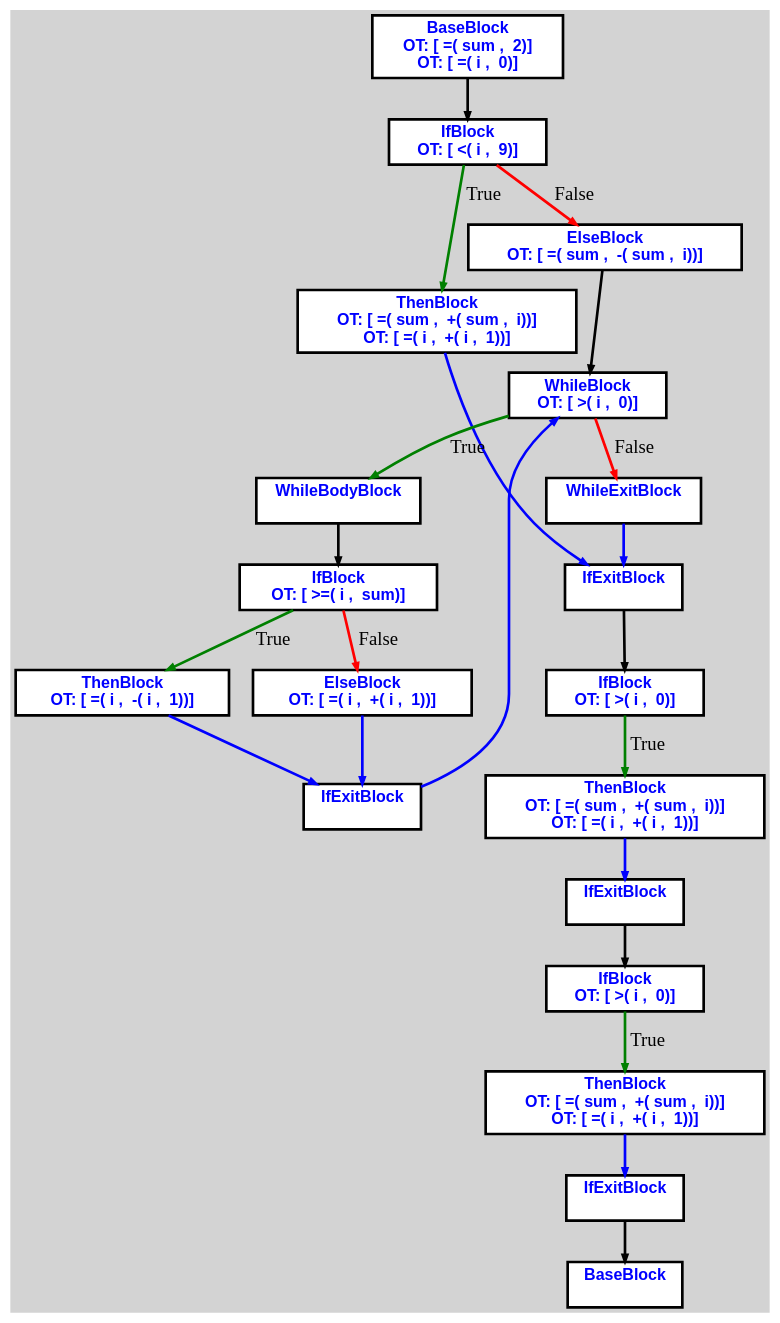
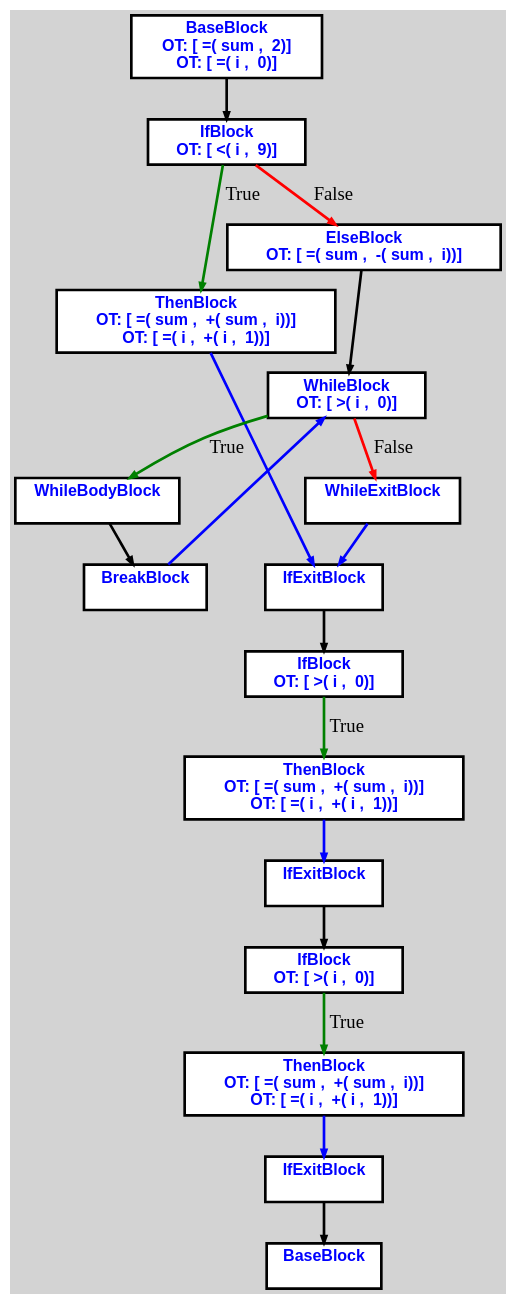
Before and after one commit to aveen007/CountingMonkeys: the diagram in cpoCompilerWin/cfgi0.dot, drawn with Graphviz. The commit also changed 6 other files, not shown here.

```diff
--- a/cpoCompilerWin/cfgi0.dot
+++ b/cpoCompilerWin/cfgi0.dot
@@ -1,63 +1,53 @@
 digraph G {
 ordering=out;
 ranksep=.4;
 bgcolor="lightgrey";  node [shape=box, fixedsize=false, fontsize=12, fontname="Helvetica-bold", fontcolor="blue"
 width=.25, height=.25, color="black", fillcolor="white", style="filled, solid, bold"];
 
-edge [arrowsize=.5, color="black", style="bold"]    n000012A765F23090 [label="BaseBlock\n OT: [ =( sum ,  2)]
+edge [arrowsize=.5, color="black", style="bold"]    n000011984D7A3090 [label="BaseBlock\n OT: [ =( sum ,  2)]
 OT: [ =( i ,  0)]
 "]
-    n000012A765F23150 [label="IfBlock\n OT: [ <( i ,  9)]
+    n000011984D7A3150 [label="IfBlock\n OT: [ <( i ,  9)]
 "]
-    n000012A765F23090 -> n000012A765F23150
-    n000012A765F23150 -> n000012A765F23190 [label="True" color="green"]
-    n000012A765F23190 [label="ThenBlock\n OT: [ =( sum ,  +( sum ,  i))]
+    n000011984D7A3090 -> n000011984D7A3150
+    n000011984D7A3150 -> n000011984D7A3190 [label="True" color="green"]
+    n000011984D7A3190 [label="ThenBlock\n OT: [ =( sum ,  +( sum ,  i))]
 OT: [ =( i ,  +( i ,  1))]
 "]
-    n000012A765F23150 -> n000012A765F231D0 [label="False" color="red"]
-    n000012A765F231D0 [label="ElseBlock\n OT: [ =( sum ,  -( sum ,  i))]
+    n000011984D7A3150 -> n000011984D7A31D0 [label="False" color="red"]
+    n000011984D7A31D0 [label="ElseBlock\n OT: [ =( sum ,  -( sum ,  i))]
 "]
-    n000012A765F23210 [label="WhileBlock\n OT: [ >( i ,  0)]
+    n000011984D7A3210 [label="WhileBlock\n OT: [ >( i ,  0)]
 "]
-    n000012A765F231D0 -> n000012A765F23210
-	   n000012A765F23210 -> n000012A765F23250 [ label = "True" color="green"]
-    n000012A765F23250 [label="WhileBodyBlock\n "]
-    n000012A765F23290 [label="IfBlock\n OT: [ >=( i ,  sum)]
+    n000011984D7A31D0 -> n000011984D7A3210
+	   n000011984D7A3210 -> n000011984D7A3250 [ label = "True" color="green"]
+    n000011984D7A3250 [label="WhileBodyBlock\n "]
+    n000011984D7A3290 [label="BreakBlock\n "]
+    n000011984D7A3250 -> n000011984D7A3290
+    n000011984D7A3290 -> n000011984D7A3210 [ color="blue"]
+	   n000011984D7A3210 -> n000011984D7A33D0 [ label = "False" color="red"]
+    n000011984D7A33D0 [label="WhileExitBlock\n "]
+    n000011984D7A33D0 -> n000011984D7A3410 [color="blue"]
+    n000011984D7A3190 -> n000011984D7A3410 [ color="blue"]
+    n000011984D7A3410 [label="IfExitBlock\n "]
+    n000011984D7A3450 [label="IfBlock\n OT: [ >( i ,  0)]
 "]
-    n000012A765F23250 -> n000012A765F23290
-    n000012A765F23290 -> n000012A765F232D0 [label="True" color="green"]
-    n000012A765F232D0 [label="ThenBlock\n OT: [ =( i ,  -( i ,  1))]
-"]
-    n000012A765F23290 -> n000012A765F23310 [label="False" color="red"]
-    n000012A765F23310 [label="ElseBlock\n OT: [ =( i ,  +( i ,  1))]
-"]
-    n000012A765F23310 -> n000012A765F23350 [color="blue"]
-    n000012A765F232D0 -> n000012A765F23350 [ color="blue"]
-    n000012A765F23350 [label="IfExitBlock\n "]
-    n000012A765F23350 -> n000012A765F23210 [ color="blue"]
-	   n000012A765F23210 -> n000012A765F23390 [ label = "False" color="red"]
-    n000012A765F23390 [label="WhileExitBlock\n "]
-    n000012A765F23390 -> n000012A765F233D0 [color="blue"]
-    n000012A765F23190 -> n000012A765F233D0 [ color="blue"]
-    n000012A765F233D0 [label="IfExitBlock\n "]
-    n000012A765F23410 [label="IfBlock\n OT: [ >( i ,  0)]
-"]
-    n000012A765F233D0 -> n000012A765F23410
-    n000012A765F23410 -> n000012A765F23450 [label="True" color="green"]
-    n000012A765F23450 [label="ThenBlock\n OT: [ =( sum ,  +( sum ,  i))]
+    n000011984D7A3410 -> n000011984D7A3450
+    n000011984D7A3450 -> n000011984D7A3490 [label="True" color="green"]
+    n000011984D7A3490 [label="ThenBlock\n OT: [ =( sum ,  +( sum ,  i))]
 OT: [ =( i ,  +( i ,  1))]
 "]
-    n000012A765F23450 -> n000012A765F23490 [ color="blue"]
-    n000012A765F23490 [label="IfExitBlock\n "]
-    n000012A765F234D0 [label="IfBlock\n OT: [ >( i ,  0)]
+    n000011984D7A3490 -> n000011984D7A34D0 [ color="blue"]
+    n000011984D7A34D0 [label="IfExitBlock\n "]
+    n000011984D7A3510 [label="IfBlock\n OT: [ >( i ,  0)]
 "]
-    n000012A765F23490 -> n000012A765F234D0
-    n000012A765F234D0 -> n000012A765F23510 [label="True" color="green"]
-    n000012A765F23510 [label="ThenBlock\n OT: [ =( sum ,  +( sum ,  i))]
+    n000011984D7A34D0 -> n000011984D7A3510
+    n000011984D7A3510 -> n000011984D7A3550 [label="True" color="green"]
+    n000011984D7A3550 [label="ThenBlock\n OT: [ =( sum ,  +( sum ,  i))]
 OT: [ =( i ,  +( i ,  1))]
 "]
-    n000012A765F23510 -> n000012A765F23550 [ color="blue"]
-    n000012A765F23550 [label="IfExitBlock\n "]
-    n000012A765F23590 [label="BaseBlock\n "]
-    n000012A765F23550 -> n000012A765F23590
+    n000011984D7A3550 -> n000011984D7A3590 [ color="blue"]
+    n000011984D7A3590 [label="IfExitBlock\n "]
+    n000011984D7A35D0 [label="BaseBlock\n "]
+    n000011984D7A3590 -> n000011984D7A35D0
 }
```
